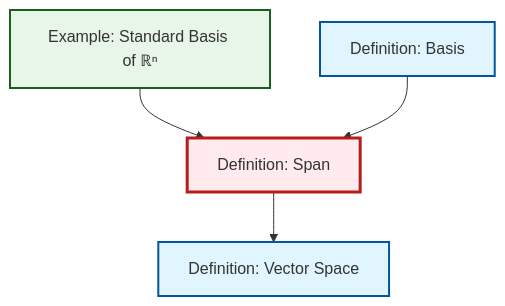
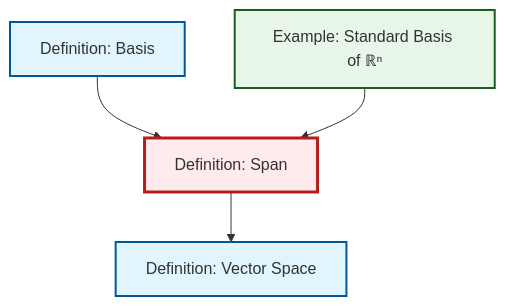
Before and after one commit to RK0429/ModernMath: the diagram in content/ja/algebra/def-span.qmd, drawn with Mermaid. The commit also changed other lines of this file and 497 other files, not shown here.

````diff
--- a/content/ja/algebra/def-span.qmd
+++ b/content/ja/algebra/def-span.qmd
@@ -48,20 +48,20 @@
 ```{mermaid}
 %%| fig-cap: "Local dependency graph"
 graph TD
     classDef definition fill:#e1f5fe,stroke:#01579b,stroke-width:2px
     classDef theorem fill:#f3e5f5,stroke:#4a148c,stroke-width:2px
     classDef axiom fill:#fff3e0,stroke:#e65100,stroke-width:2px
     classDef example fill:#e8f5e9,stroke:#1b5e20,stroke-width:2px
     classDef current fill:#ffebee,stroke:#b71c1c,stroke-width:3px
+    def-vector-space["Definition: Vector Space"]:::definition
+    ex-standard-basis-rn["Example: Standard Basis of ℝⁿ"]:::example
     def-basis["Definition: Basis"]:::definition
-    def-vector-space["Definition: Vector Space"]:::definition
     def-span["Definition: Span"]:::definition
-    ex-standard-basis-rn["Example: Standard Basis of ℝⁿ"]:::example
+    def-basis --> def-span
+    ex-standard-basis-rn --> def-span
     def-span --> def-vector-space
-    ex-standard-basis-rn --> def-span
-    def-basis --> def-span
     class def-span current
-    click def-basis "def-basis.html" "Definition: Basisへ"
     click def-vector-space "def-vector-space.html" "Definition: Vector Spaceへ"
     click ex-standard-basis-rn "ex-standard-basis-rn.html" "Example: Standard Basis of ℝⁿへ"
+    click def-basis "def-basis.html" "Definition: Basisへ"
 ```
````
